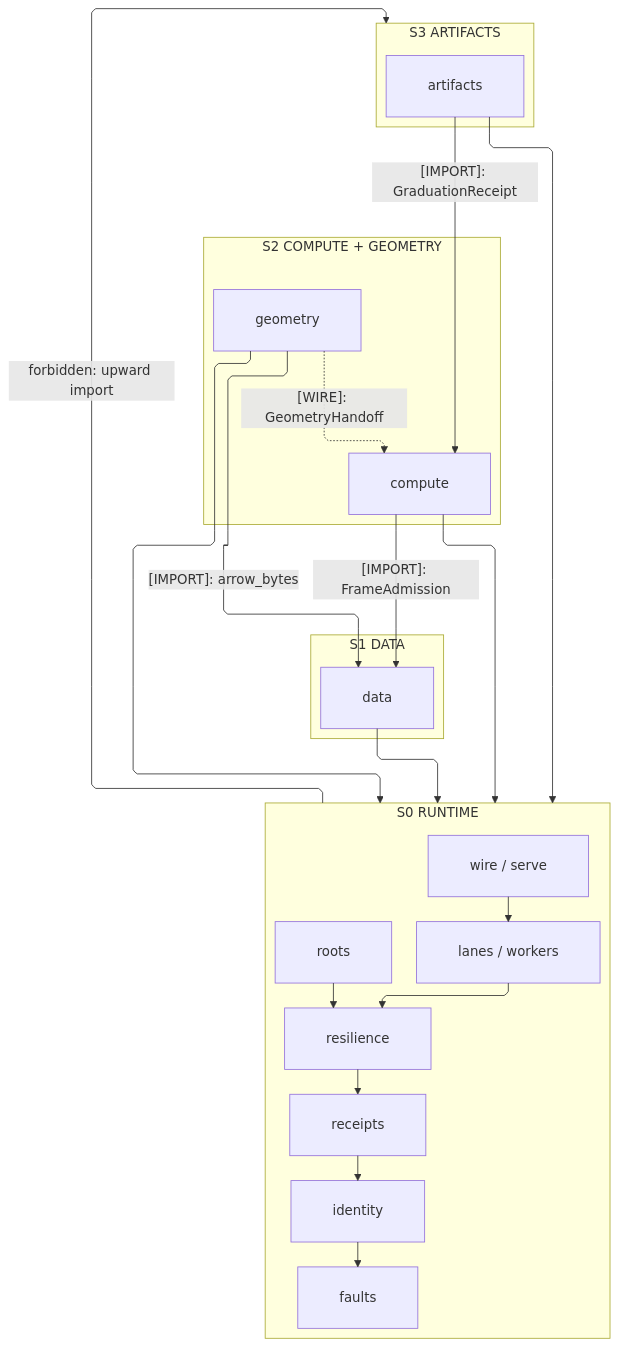
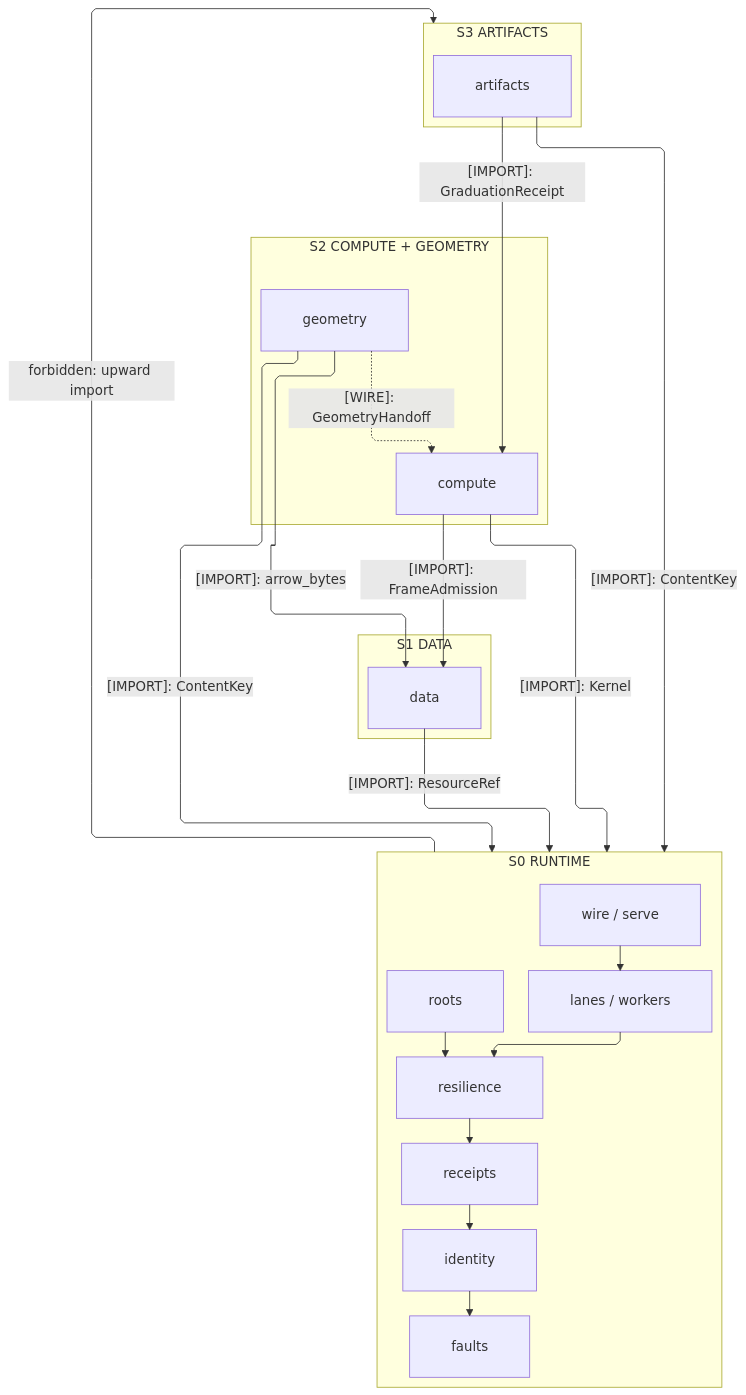
The first of 4 diagrams in libs/python/.planning/ARCHITECTURE.md (bsamiee/Rasm), drawn with Mermaid before and after one commit. The commit also changed other lines of this file and 124 other files, not shown here.

First line of the commit message:
planning registries: ARCHITECTURE/README/IDEAS/TASKLOG/RULINGS + csproj, campaign-method, CLAUDE.md

````diff
--- a/libs/python/.planning/ARCHITECTURE.md
+++ b/libs/python/.planning/ARCHITECTURE.md
@@ -23,47 +23,47 @@
 ```mermaid
 ---
 config:
   layout: elk
   flowchart:
     curve: linear
     padding: 25
 ---
 flowchart TB
     accTitle: Python branch import strata
-    accDescr: Four import strata — artifacts over the compute-geometry peer pair over data over the runtime foundation — every package importing runtime directly, each labeled import naming its one sourced surface, geometry evidence crossing into compute as dashed wire data rather than import, one forbidden upward edge named as such, and runtime's interior rails descending from wire/serve through lanes/workers, joined by roots, onto resilience, receipts, identity, and faults.
+    accDescr: Four import strata — artifacts over the compute-geometry peer pair over data over the runtime foundation — every package importing runtime directly with each labeled edge naming its one sourced surface, geometry evidence crossing into compute as dashed wire data rather than import, one forbidden upward edge named as such, and runtime's interior rails descending from wire/serve through lanes/workers, joined by roots, onto resilience, receipts, identity, and faults.
     subgraph S3["S3 ARTIFACTS"]
         Artifacts[artifacts]
     end
     subgraph S2["S2 COMPUTE + GEOMETRY"]
         Compute[compute]
         Geometry[geometry]
     end
     subgraph S1["S1 DATA"]
         Data[data]
     end
     subgraph S0["S0 RUNTIME"]
         Wire["wire / serve"]
         Lanes["lanes / workers"]
         Roots[roots]
         Resilience[resilience]
         Receipts[receipts]
         Identity[identity]
         Faults[faults]
     end
     Artifacts e1@-->|"[IMPORT]: GraduationReceipt"| Compute
     Compute e2@-->|"[IMPORT]: FrameAdmission"| Data
     Geometry e3@-->|"[IMPORT]: arrow_bytes"| Data
     Geometry e4@-.->|"[WIRE]: GeometryHandoff"| Compute
-    Data e5@--> S0
-    Geometry e6@--> S0
-    Compute e7@--> S0
-    Artifacts e8@--> S0
+    Data e5@-->|"[IMPORT]: ResourceRef"| S0
+    Geometry e6@-->|"[IMPORT]: ContentKey"| S0
+    Compute e7@-->|"[IMPORT]: Kernel"| S0
+    Artifacts e8@-->|"[IMPORT]: ContentKey"| S0
     Artifacts ~~~ Compute
     S0 e9@-->|"forbidden: upward import"| S3
     Wire r1@--> Lanes
     Lanes r2@--> Resilience
     Roots r3@--> Resilience
     Resilience r4@--> Receipts
     Receipts r5@--> Identity
     Identity r6@--> Faults
 ```
````
